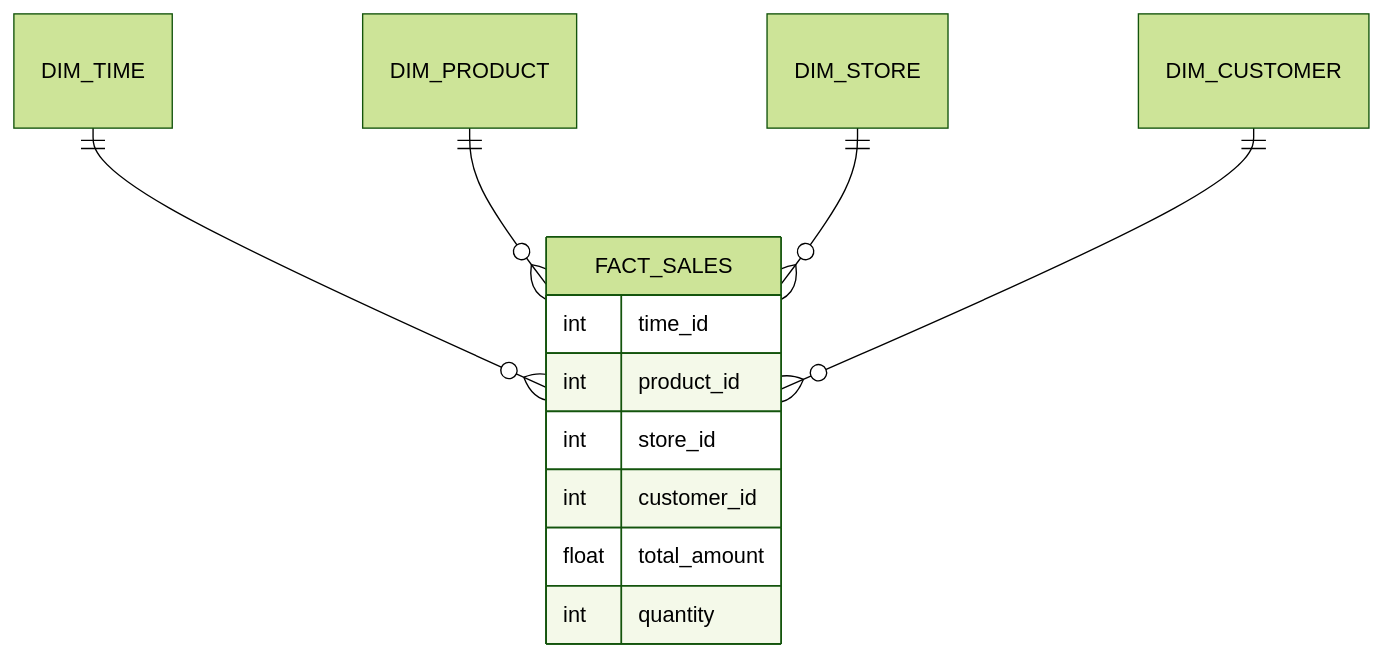
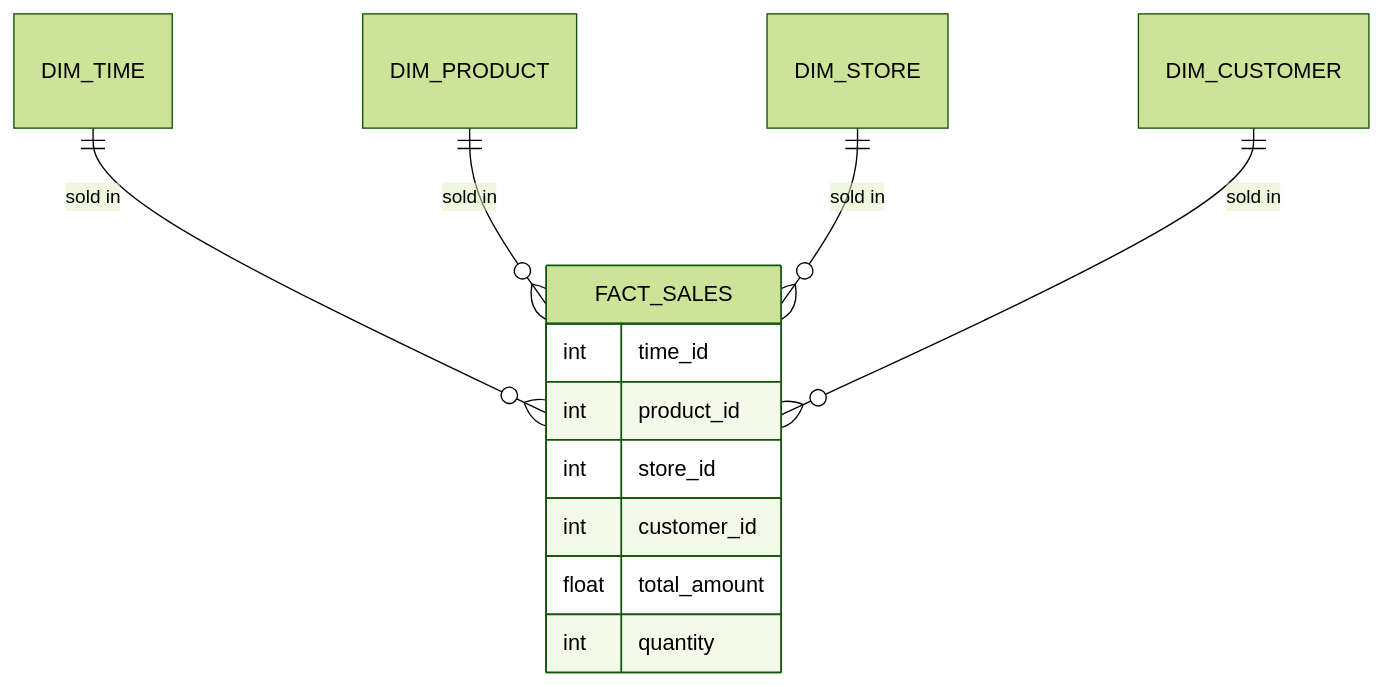
The sixth of 7 diagrams in DS/unit 2.md (ankitkumar131/sem3), drawn with Mermaid (forest theme) before and after one commit. The commit also changed 2 other files, not shown here.

Commit message:
Fix remaining Mermaid syntax issues (XSLT chain, erDiagram labels)

````diff
--- a/DS/unit 2.md
+++ b/DS/unit 2.md
@@ -147,15 +147,15 @@
 ```mermaid
 erDiagram
-    DIM_TIME ||--o{ FACT_SALES : ""
-    DIM_PRODUCT ||--o{ FACT_SALES : ""
-    DIM_STORE ||--o{ FACT_SALES : ""
-    DIM_CUSTOMER ||--o{ FACT_SALES : ""
+    DIM_TIME ||--o{ FACT_SALES : "sold in"
+    DIM_PRODUCT ||--o{ FACT_SALES : "sold in"
+    DIM_STORE ||--o{ FACT_SALES : "sold in"
+    DIM_CUSTOMER ||--o{ FACT_SALES : "sold in"
     FACT_SALES {
         int time_id
         int product_id
         int store_id
         int customer_id
         float total_amount
         int quantity
     }
 ```
````
